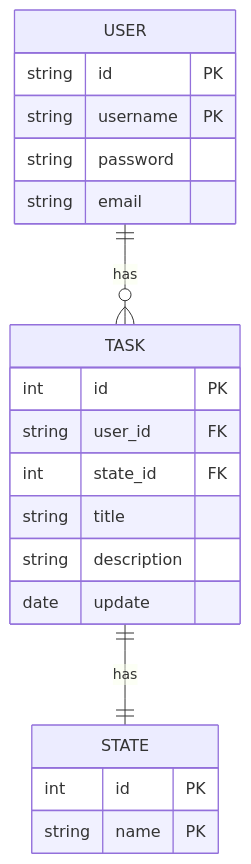
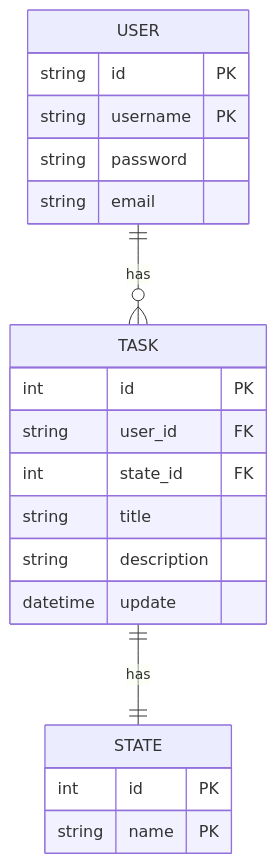
Before and after one commit to ivaniuss/collaborative-projects: the first of 2 diagrams in task-manager/Readme.md, drawn with Mermaid. The commit also changed 1 other file, not shown here.

Commit message:
datetime value updated

````diff
--- a/task-manager/Readme.md
+++ b/task-manager/Readme.md
@@ -19,25 +19,25 @@
 ```mermaid
 
 erDiagram
     USER ||--o{ TASK : has
     USER {
         string id PK
         string username PK
         string password
         string email
     }
     TASK || -- || STATE : has
     TASK {
         int id PK
         string user_id FK
         int state_id FK
         string title
         string description
-        date update
+        datetime update
 
     }
     STATE {
         int id PK
         string name PK
     }
 ```
````
